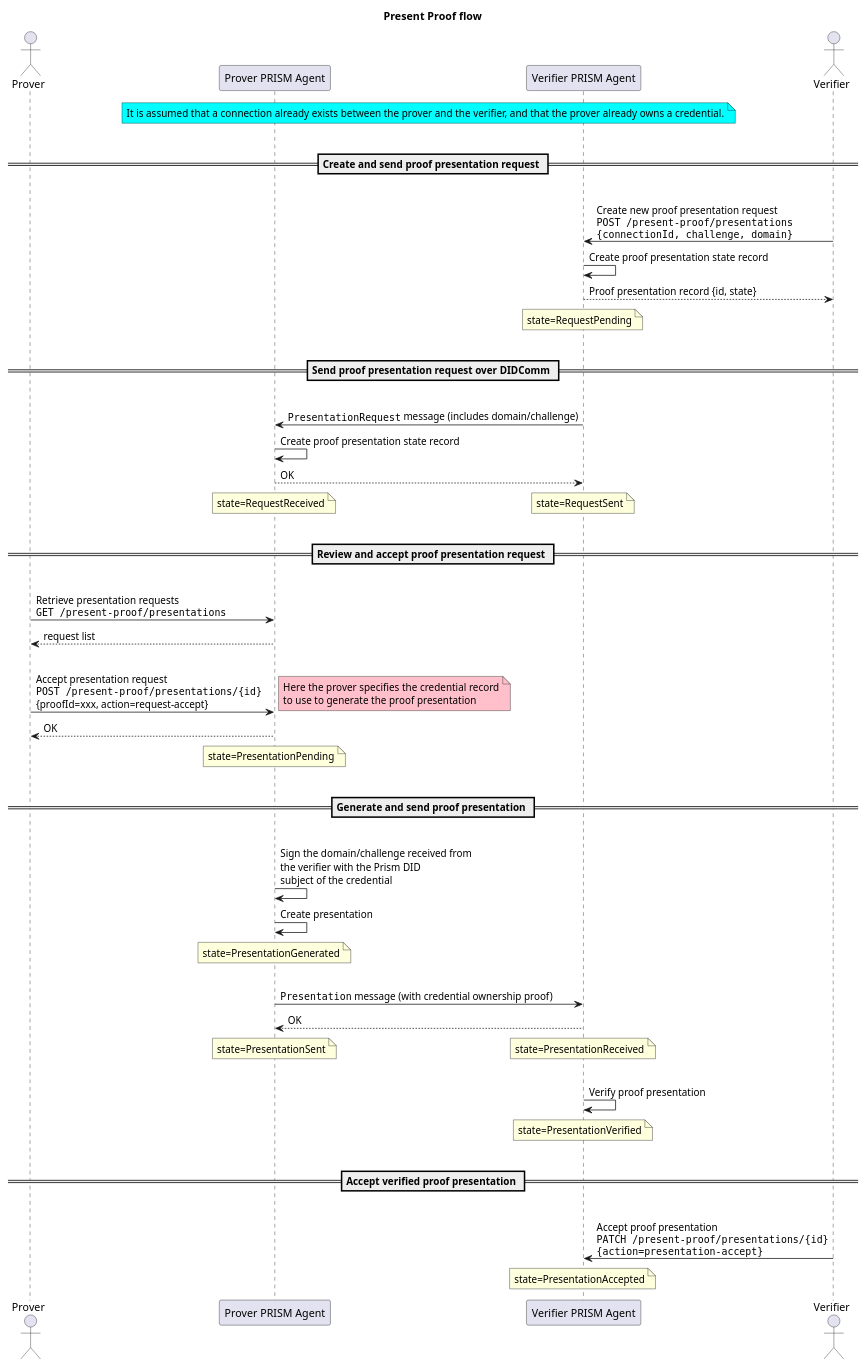
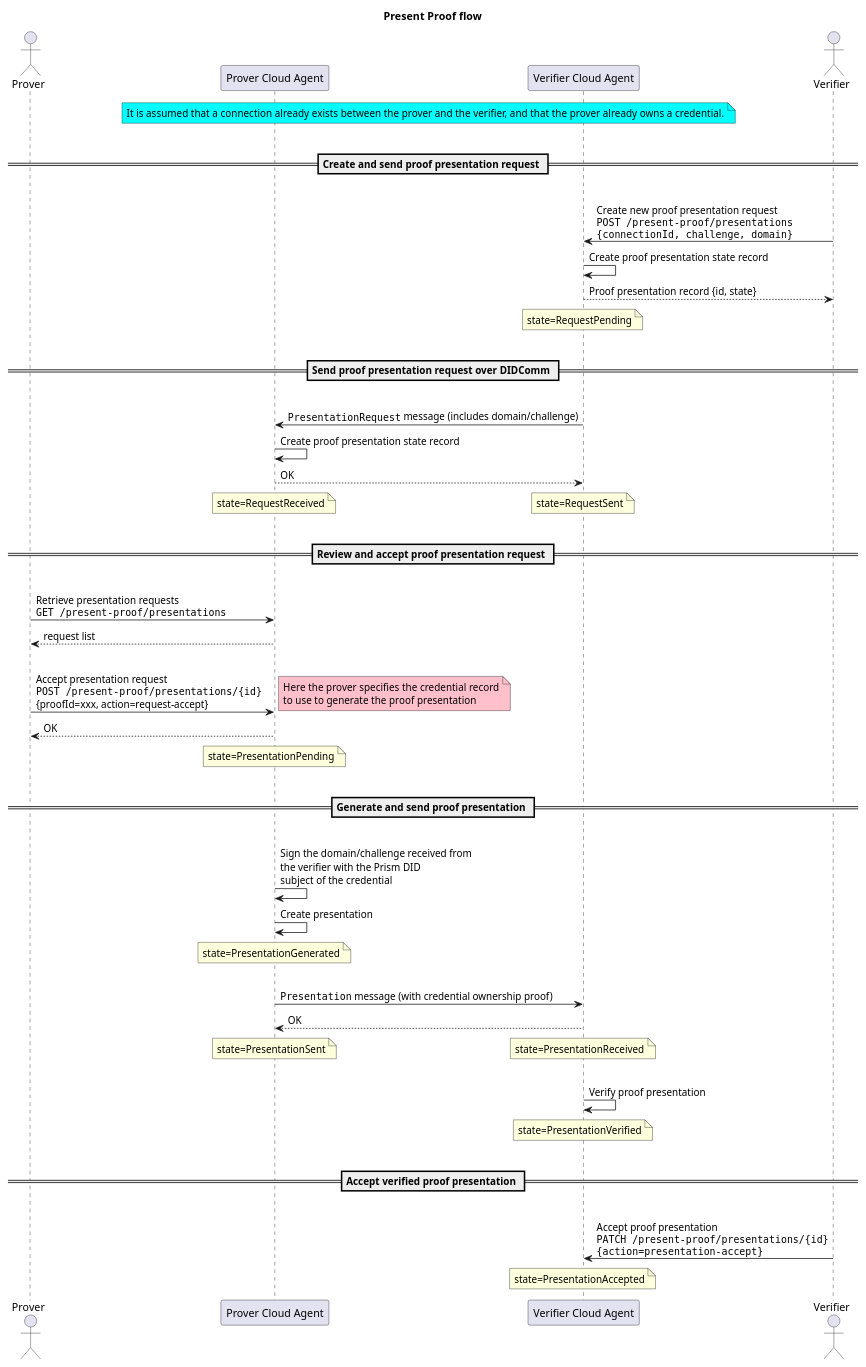
One commit to hyperledger/identus-cloud-agent changed the diagram in docs/docusaurus/credentials/present-proof-flow.puml. Above: the diagram before and after it, drawn with PlantUML. The commit also changed 31 other files, not shown here.

Commit message:
docs: update the references to the Cloud Agent in the documentation

```diff
--- a/docs/docusaurus/credentials/present-proof-flow.puml
+++ b/docs/docusaurus/credentials/present-proof-flow.puml
@@ -1,62 +1,62 @@
 @startuml
 title Present Proof flow
 
 actor Prover as prover
-participant "Prover PRISM Agent" as proverAgent
-participant "Verifier PRISM Agent" as verifierAgent
+participant "Prover Cloud Agent" as proverAgent
+participant "Verifier Cloud Agent" as verifierAgent
 actor Verifier as verifier
 
 note over proverAgent, verifierAgent #aqua
     It is assumed that a connection already exists between the prover and the verifier, and that the prover already owns a credential.
 end note
 |||
 
 == Create and send proof presentation request ==
 |||
 verifier -> verifierAgent: Create new proof presentation request\n""POST /present-proof/presentations""\n""{connectionId, challenge, domain}""
 verifierAgent -> verifierAgent: Create proof presentation state record
 verifierAgent --> verifier: Proof presentation record {id, state}
 note over verifierAgent: state=RequestPending
 |||
 
 == Send proof presentation request over DIDComm ==
 |||
 verifierAgent -> proverAgent: ""PresentationRequest"" message (includes domain/challenge)
 proverAgent -> proverAgent: Create proof presentation state record
 proverAgent --> verifierAgent: OK
 note over proverAgent: state=RequestReceived
 / note over verifierAgent: state=RequestSent
 |||
 
 == Review and accept proof presentation request ==
 |||
 prover -> proverAgent: Retrieve presentation requests\n""GET /present-proof/presentations""
 proverAgent --> prover: request list
 |||
 prover -> proverAgent: Accept presentation request\n""POST /present-proof/presentations/{id}""\n{proofId=xxx, action=request-accept}
 note right #pink: Here the prover specifies the credential record\nto use to generate the proof presentation
 proverAgent --> prover: OK
 note over proverAgent: state=PresentationPending
 |||
 
 == Generate and send proof presentation ==
 |||
 proverAgent -> proverAgent: Sign the domain/challenge received from\nthe verifier with the Prism DID\nsubject of the credential
 proverAgent -> proverAgent: Create presentation
 note over proverAgent: state=PresentationGenerated
 |||
 proverAgent -> verifierAgent: ""Presentation"" message (with credential ownership proof)
 verifierAgent --> proverAgent: OK
 note over proverAgent: state=PresentationSent
 / note over verifierAgent: state=PresentationReceived
 |||
 verifierAgent -> verifierAgent: Verify proof presentation
 note over verifierAgent: state=PresentationVerified
 |||
 
 == Accept verified proof presentation ==
 |||
 verifier -> verifierAgent: Accept proof presentation\n""PATCH /present-proof/presentations/{id}""\n""{action=presentation-accept}""
 note over verifierAgent: state=PresentationAccepted
 
 @enduml
```
